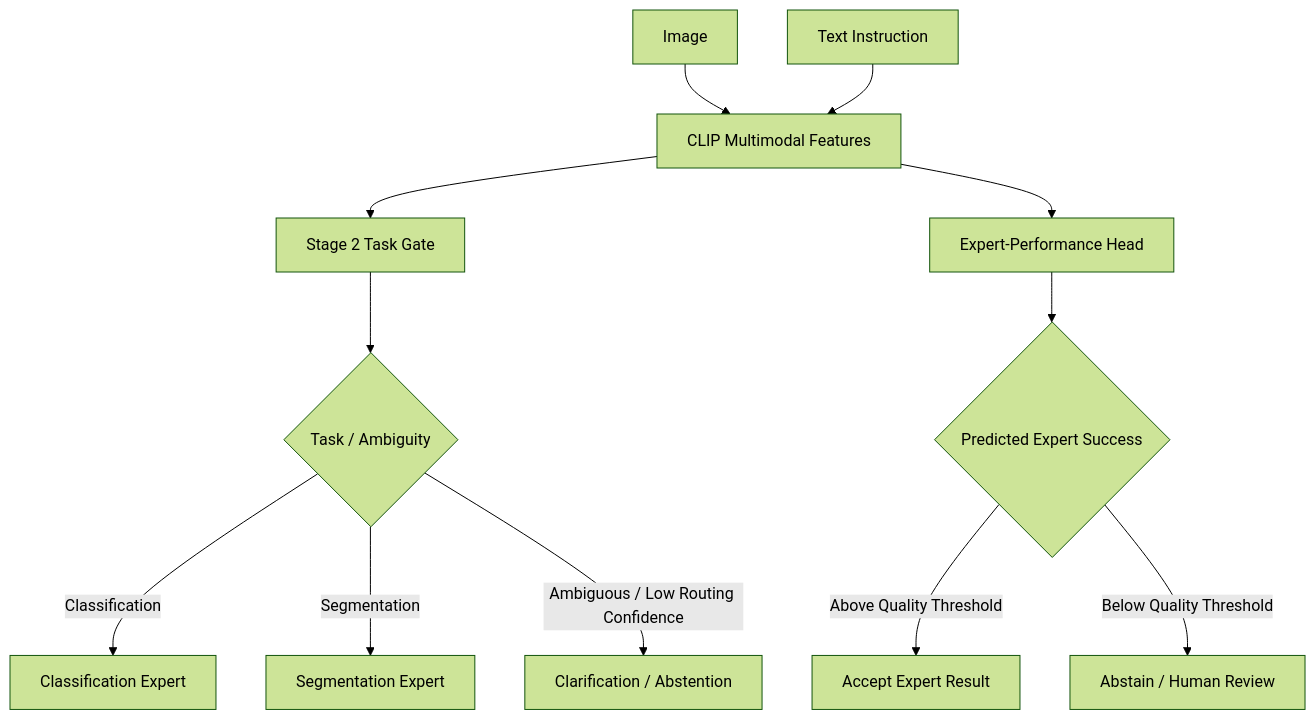
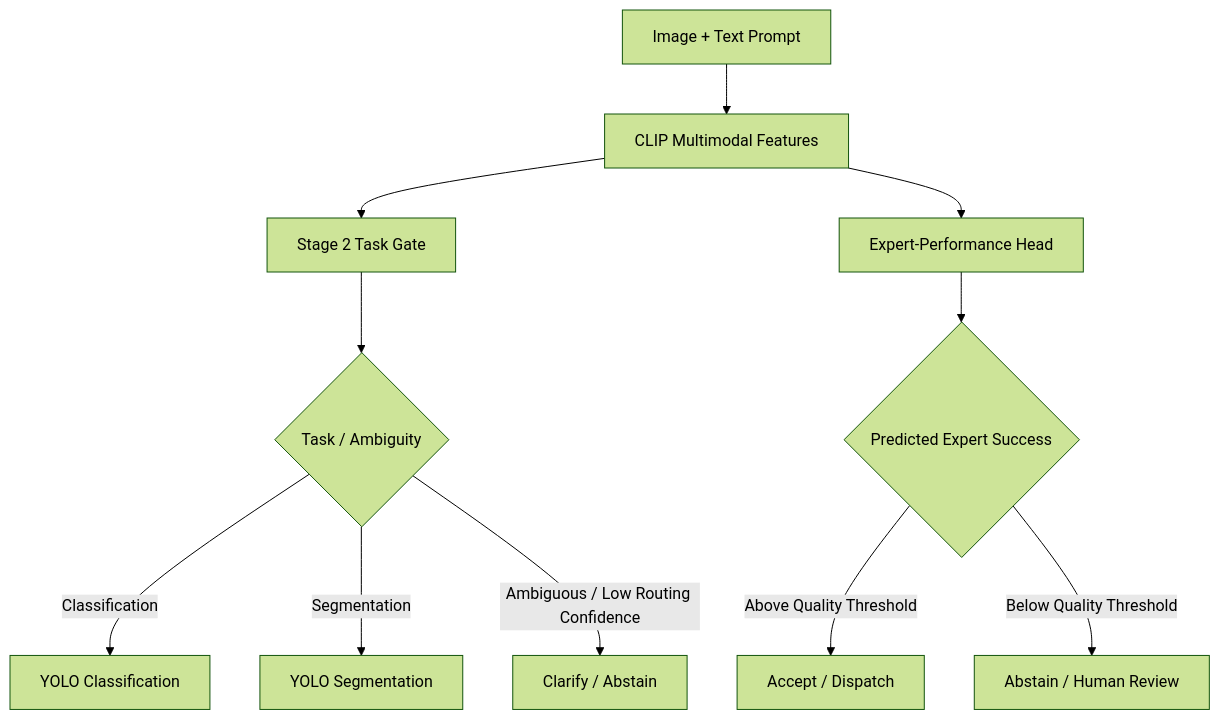
One commit to christymanthara/MoE-cls-seg changed the fourth of 5 diagrams in README.md. Above: the diagram before and after it, drawn with Mermaid (forest theme). The commit also changed other lines of this file and 1 other file, not shown here.

````diff
--- a/README.md
+++ b/README.md
@@ -202,14 +214,13 @@
 ```mermaid
 flowchart TD
-    A[Image] --> C[CLIP Multimodal Features]
-    B[Text Instruction] --> C
-    C --> D[Stage 2 Task Gate]
-    C --> E[Expert-Performance Head]
-    D --> F{Task / Ambiguity}
-    F -->|Classification| G[Classification Expert]
-    F -->|Segmentation| H[Segmentation Expert]
-    F -->|Ambiguous / Low Routing Confidence| I[Clarification / Abstention]
-    E --> J{Predicted Expert Success}
-    J -->|Above Quality Threshold| K[Accept Expert Result]
-    J -->|Below Quality Threshold| L[Abstain / Human Review]
+    A[Image + Text Prompt] --> B[CLIP Multimodal Features]
+    B --> C[Stage 2 Task Gate]
+    B --> D[Expert-Performance Head]
+    C --> E{Task / Ambiguity}
+    E -->|Classification| F[YOLO Classification]
+    E -->|Segmentation| G[YOLO Segmentation]
+    E -->|Ambiguous / Low Routing Confidence| H[Clarify / Abstain]
+    D --> I{Predicted Expert Success}
+    I -->|Above Quality Threshold| J[Accept / Dispatch]
+    I -->|Below Quality Threshold| K[Abstain / Human Review]
 ```
````
